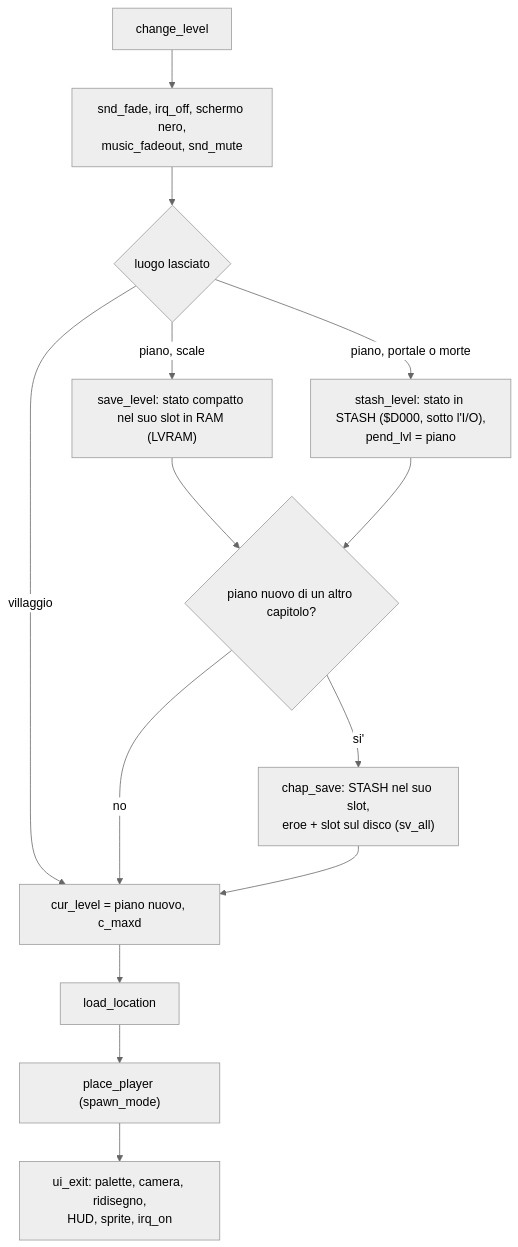
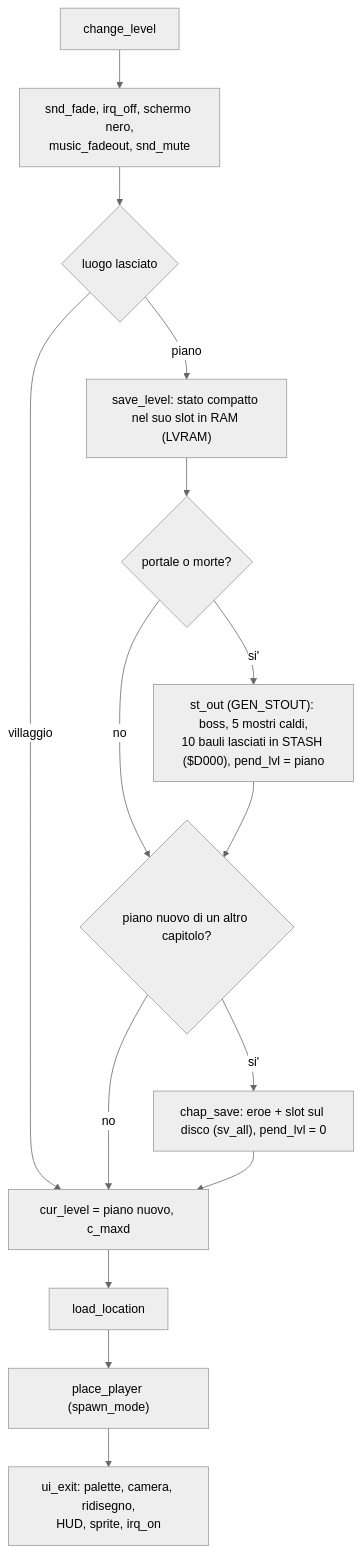
The sixth of 18 diagrams in docs/wiki/flussi.md (caporalesimone/barbarian-the-blood-path), drawn with Mermaid (neutral theme) before and after one commit. The commit also changed other lines of this file and 23 other files, not shown here.

````diff
--- a/docs/wiki/flussi.md
+++ b/docs/wiki/flussi.md
@@ -152,16 +152,17 @@
 ```mermaid
 flowchart TD
     CL["change_level"] --> FD["snd_fade, irq_off, schermo nero,<br/>music_fadeout, snd_mute"]
     FD --> WH{"luogo lasciato"}
     WH -->|villaggio| NS
-    WH -->|"piano, scale"| SL["save_level: stato compatto nel suo slot in RAM (LVRAM)"]
-    WH -->|"piano, portale o morte"| ST["stash_level: stato in STASH ($D000, sotto l'I/O),<br/>pend_lvl = piano"]
-    SL --> CH{"piano nuovo di un altro capitolo?"}
+    WH -->|piano| SL["save_level: stato compatto nel suo slot in RAM (LVRAM)"]
+    SL --> PM{"portale o morte?"}
+    PM -->|"si'"| ST["st_out (GEN_STOUT): boss, 5 mostri caldi,<br/>10 bauli lasciati in STASH ($D000), pend_lvl = piano"]
+    PM -->|no| CH{"piano nuovo di un altro capitolo?"}
     ST --> CH
-    CH -->|"si'"| CS["chap_save: STASH nel suo slot,<br/>eroe + slot sul disco (sv_all)"]
+    CH -->|"si'"| CS["chap_save: eroe + slot sul disco (sv_all), pend_lvl = 0"]
     CH -->|no| NS["cur_level = piano nuovo, c_maxd"]
     CS --> NS
     NS --> LL["load_location"]
     LL --> PP["place_player (spawn_mode)"]
     PP --> UE["ui_exit: palette, camera, ridisegno,<br/>HUD, sprite, irq_on"]
 ```
````
